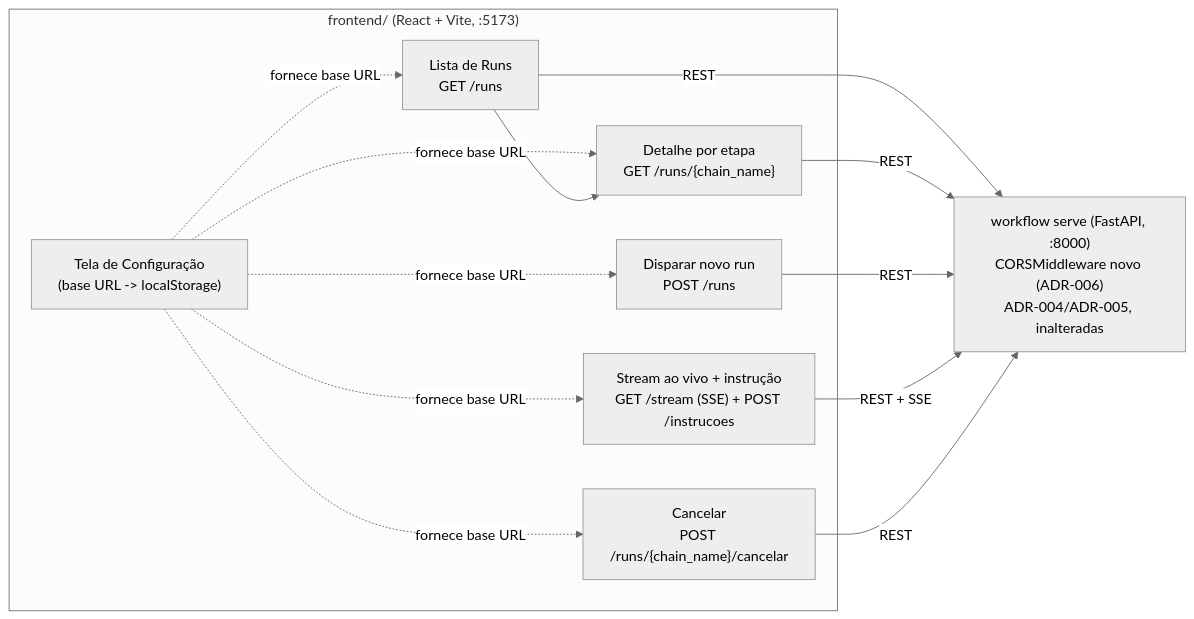
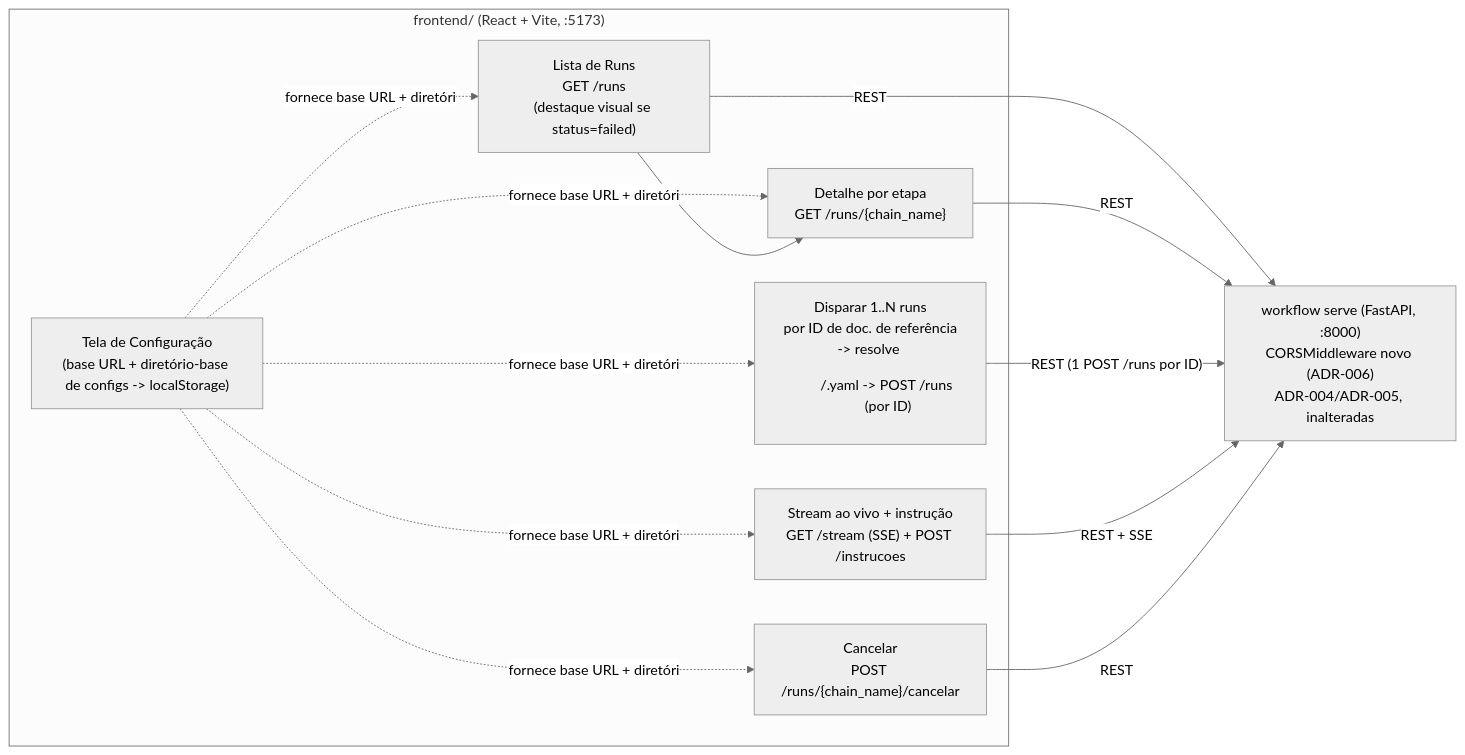
One commit to luishpcosta/ai-lup-workspace-automation changed the diagram in backend/adr/ADR-006-frontend-painel-controle.md. Above: the diagram before and after it, drawn with Mermaid (neutral theme). The commit also changed other lines of this file and 1 other file, not shown here.

````diff
--- a/backend/adr/ADR-006-frontend-painel-controle.md
+++ b/backend/adr/ADR-006-frontend-painel-controle.md
@@ -67,19 +89,19 @@
 ```mermaid
 flowchart LR
     subgraph Frontend["frontend/ (React + Vite, :5173)"]
-        Config["Tela de Configuração\n(base URL -> localStorage)"]
-        Lista["Lista de Runs\nGET /runs"]
+        Config["Tela de Configuração\n(base URL + diretório-base de configs -> localStorage)"]
+        Lista["Lista de Runs\nGET /runs\n(destaque visual se status=failed)"]
         Detalhe["Detalhe por etapa\nGET /runs/{chain_name}"]
-        Form["Disparar novo run\nPOST /runs"]
+        Form["Disparar 1..N runs\npor ID de doc. de referência\n-> resolve <dir>/<id>.yaml -> POST /runs (por ID)"]
         Stream["Stream ao vivo + instrução\nGET /stream (SSE) + POST /instrucoes"]
         Cancelar["Cancelar\nPOST /runs/{chain_name}/cancelar"]
     end
-    Config -.fornece base URL.-> Lista & Detalhe & Form & Stream & Cancelar
+    Config -.fornece base URL + diretório.-> Lista & Detalhe & Form & Stream & Cancelar
     Lista --> Detalhe
     Backend["workflow serve (FastAPI, :8000)\nCORSMiddleware novo (ADR-006)\nADR-004/ADR-005, inalteradas"]
     Lista -- "REST" --> Backend
     Detalhe -- "REST" --> Backend
-    Form -- "REST" --> Backend
+    Form -- "REST (1 POST /runs por ID)" --> Backend
     Stream -- "REST + SSE" --> Backend
     Cancelar -- "REST" --> Backend
 ```
````
